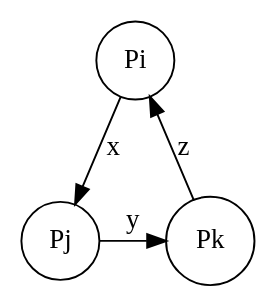
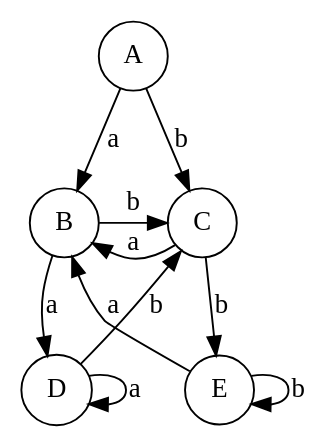
Before and after one commit to aopstudio/aopstudio.github.io: the seventh of 8 diagrams in docs/Compile/README.md, drawn with Graphviz. The commit also changed other lines of this file and 3 other files, not shown here.

````diff
--- a/docs/Compile/README.md
+++ b/docs/Compile/README.md
@@ -1148,9 +270,19 @@
 ```dot
-digraph wait {
+digraph d{
     node [shape=circle]
-    Pi->Pj [label=x]
-    Pj->Pk [label=y]
-    Pk->Pi [label=z]
-    {rank=same; Pj,Pk}
+    {rank=same B C}
+    {rank=same D E}
+    
+    A->B [label=a]
+    B->D [label=a]
+    D->D [label=a]
+    A->C [label=b]
+    C->B [label=a]
+    B->C [label=b]
+    C->E [label=b]
+    E->E [label=b]
+    D->C [label=b]
+    E->B [label=a]
+    
 }
 ```
````
